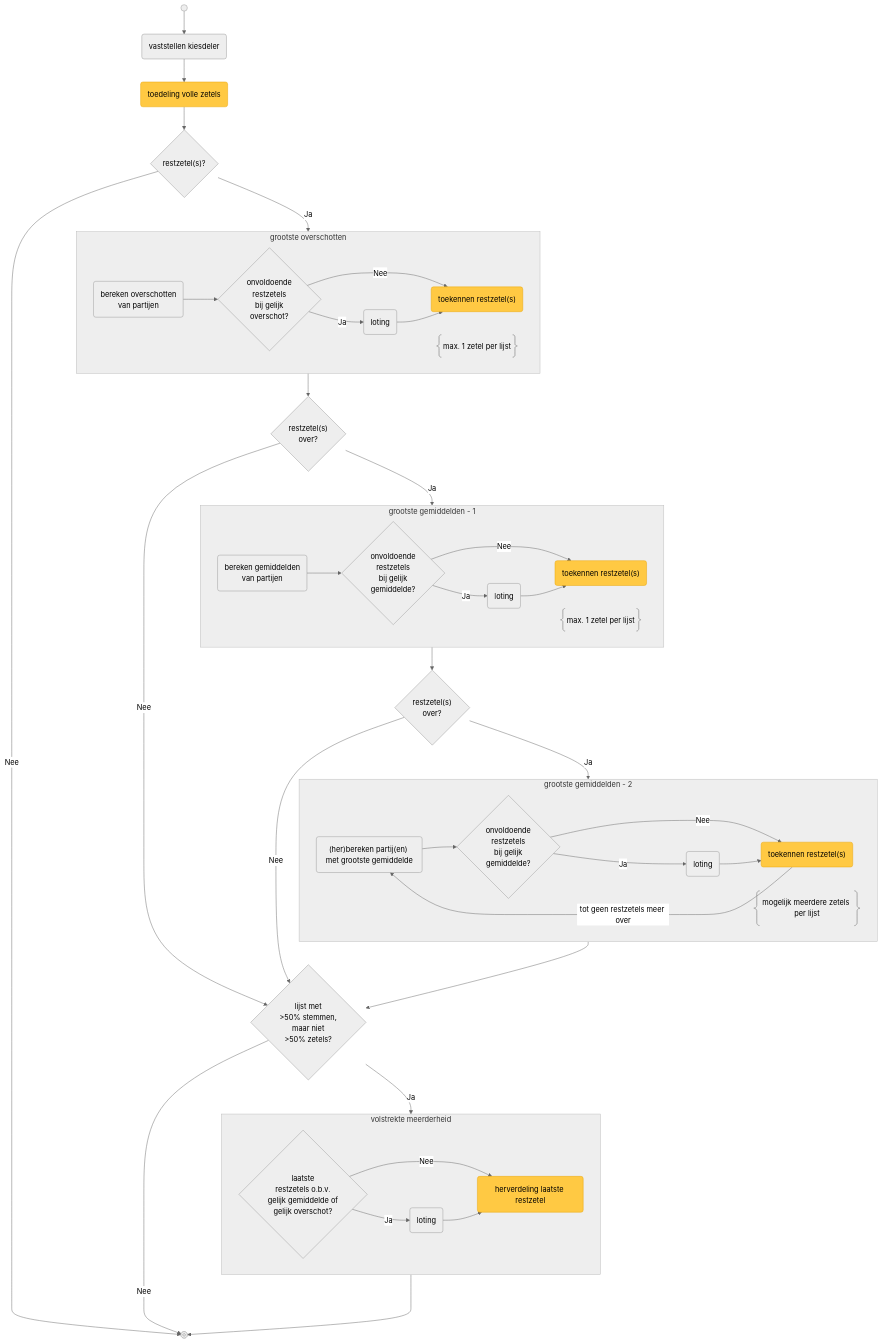
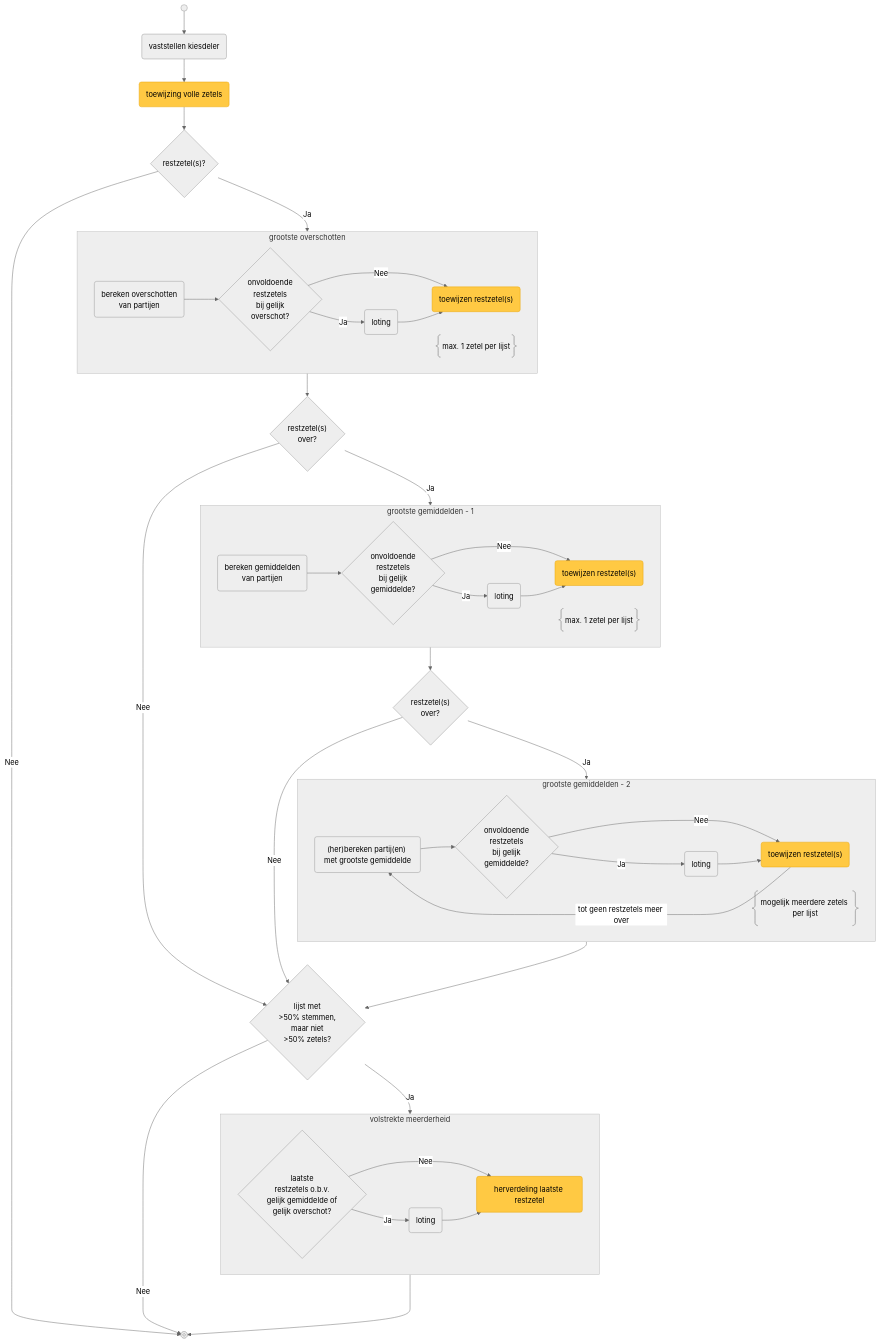
One commit to kiesraad/abacus-documentatie changed the second of 2 diagrams in verkiezingsproces/zetelverdeling-GR-flowchart.md. Above: the diagram before and after it, drawn with Mermaid (neutral theme). The commit also changed other lines of this file, not shown here.

Commit message:
consistently use toewijzing/toewijzen instead of toedeling/toekennen

```diff
--- a/verkiezingsproces/zetelverdeling-GR-flowchart.md
+++ b/verkiezingsproces/zetelverdeling-GR-flowchart.md
@@ -82,32 +82,32 @@
     flow_end@{ shape: framed-circle, label: "end" }
 
     vaststellen_kiesdeler(vaststellen kiesdeler)
-    toedeling_volle_zetels(toedeling volle zetels)
-    class toedeling_volle_zetels lijstuitputting
+    toewijzing_volle_zetels(toewijzing volle zetels)
+    class toewijzing_volle_zetels lijstuitputting
 
     restzetels{"restzetel(s)?"}
 
     bereken_overschotten_van_partijen("bereken overschotten<br/>van partijen")
     gelijke_overschotten{onvoldoende<br/>restzetels<br/>bij gelijk<br/>overschot?}
     loting_grootste_overschotten(loting)
-    toekennen_restzetels_gelijke_overschotten("toekennen restzetel(s)")
-    class toekennen_restzetels_gelijke_overschotten lijstuitputting
+    toewijzen_restzetels_gelijke_overschotten("toewijzen restzetel(s)")
+    class toewijzen_restzetels_gelijke_overschotten lijstuitputting
 
     restzetels_na_overschotten{"restzetel(s)<br/>over?"}
 
     bereken_gemiddelden_van_partijen(bereken gemiddelden<br/>van partijen)
     gelijke_gemiddelden_1{"onvoldoende<br/>restzetels<br/>bij gelijk<br/>gemiddelde?"}
     loting_grootste_gemiddelden_1(loting)
-    toekennen_restzetels_grootste_gemiddelden_1("toekennen restzetel(s)")
-    class toekennen_restzetels_grootste_gemiddelden_1 lijstuitputting
+    toewijzen_restzetels_grootste_gemiddelden_1("toewijzen restzetel(s)")
+    class toewijzen_restzetels_grootste_gemiddelden_1 lijstuitputting
 
     restzetels_na_gemiddelden_1{"restzetel(s)<br/>over?"}
 
     bereken_partijen_met_grootste_gemiddelde("(her)bereken partij(en) met grootste gemiddelde")
     gelijke_gemiddelden_2{"onvoldoende<br/>restzetels<br/>bij gelijk<br/>gemiddelde?"}
     loting_grootste_gemiddelden_2(loting)
-    toekennen_restzetels_grootste_gemiddelden_2("toekennen restzetel(s)")
-    class toekennen_restzetels_grootste_gemiddelden_2 lijstuitputting
+    toewijzen_restzetels_grootste_gemiddelden_2("toewijzen restzetel(s)")
+    class toewijzen_restzetels_grootste_gemiddelden_2 lijstuitputting
 
     meerderheid_aan_stemmen_maar_niet_zetels{lijst met<br/>>50% stemmen,<br/>maar niet<br/>>50% zetels?}
     laatste_restzetels_obv_gelijk_gemiddelde_of_overschot{laatste<br/>restzetels o.b.v.<br/>gelijk gemiddelde of<br/>gelijk overschot?}
@@ -117,18 +117,18 @@
 
     %% flow
     flow_start --> vaststellen_kiesdeler
-    vaststellen_kiesdeler --> toedeling_volle_zetels
+    vaststellen_kiesdeler --> toewijzing_volle_zetels
 
-    toedeling_volle_zetels --> restzetels
+    toewijzing_volle_zetels --> restzetels
     restzetels --->|Nee| flow_end
     restzetels -->|Ja| grootste_overschotten
 
     subgraph grootste_overschotten["grootste overschotten"]
         direction LR
         bereken_overschotten_van_partijen --> gelijke_overschotten
-        gelijke_overschotten -->|Nee| toekennen_restzetels_gelijke_overschotten
+        gelijke_overschotten -->|Nee| toewijzen_restzetels_gelijke_overschotten
         gelijke_overschotten -->|Ja| loting_grootste_overschotten
-        loting_grootste_overschotten --> toekennen_restzetels_gelijke_overschotten
+        loting_grootste_overschotten --> toewijzen_restzetels_gelijke_overschotten
         comment_grootste_overschotten@{ shape: braces, label: "max. 1 zetel per lijst" }
     end
     class grootste_overschotten greyFill;
@@ -140,9 +140,9 @@
     subgraph grootste_gemiddelden_1["grootste gemiddelden - 1"]
         direction LR
         bereken_gemiddelden_van_partijen --> gelijke_gemiddelden_1
-        gelijke_gemiddelden_1 -->|Nee| toekennen_restzetels_grootste_gemiddelden_1
+        gelijke_gemiddelden_1 -->|Nee| toewijzen_restzetels_grootste_gemiddelden_1
         gelijke_gemiddelden_1 -->|Ja| loting_grootste_gemiddelden_1
-        loting_grootste_gemiddelden_1 --> toekennen_restzetels_grootste_gemiddelden_1
+        loting_grootste_gemiddelden_1 --> toewijzen_restzetels_grootste_gemiddelden_1
         comment_grootste_gemiddelden_1@{ shape: braces, label: "max. 1 zetel per lijst" }
     end
     class grootste_gemiddelden_1 greyFill;
@@ -153,10 +153,10 @@
 
     subgraph grootste_gemiddelden_2["grootste gemiddelden - 2"]
         bereken_partijen_met_grootste_gemiddelde --> gelijke_gemiddelden_2
-        gelijke_gemiddelden_2 -->|Nee| toekennen_restzetels_grootste_gemiddelden_2
+        gelijke_gemiddelden_2 -->|Nee| toewijzen_restzetels_grootste_gemiddelden_2
         gelijke_gemiddelden_2 -->|Ja| loting_grootste_gemiddelden_2
-        loting_grootste_gemiddelden_2 --> toekennen_restzetels_grootste_gemiddelden_2
-        toekennen_restzetels_grootste_gemiddelden_2 -->|tot geen restzetels meer over| bereken_partijen_met_grootste_gemiddelde
+        loting_grootste_gemiddelden_2 --> toewijzen_restzetels_grootste_gemiddelden_2
+        toewijzen_restzetels_grootste_gemiddelden_2 -->|tot geen restzetels meer over| bereken_partijen_met_grootste_gemiddelde
         comment_grootste_gemiddelden_2@{ shape: braces, label: "mogelijk meerdere zetels per lijst" }
     end
     class grootste_gemiddelden_2 greyFill;
```
